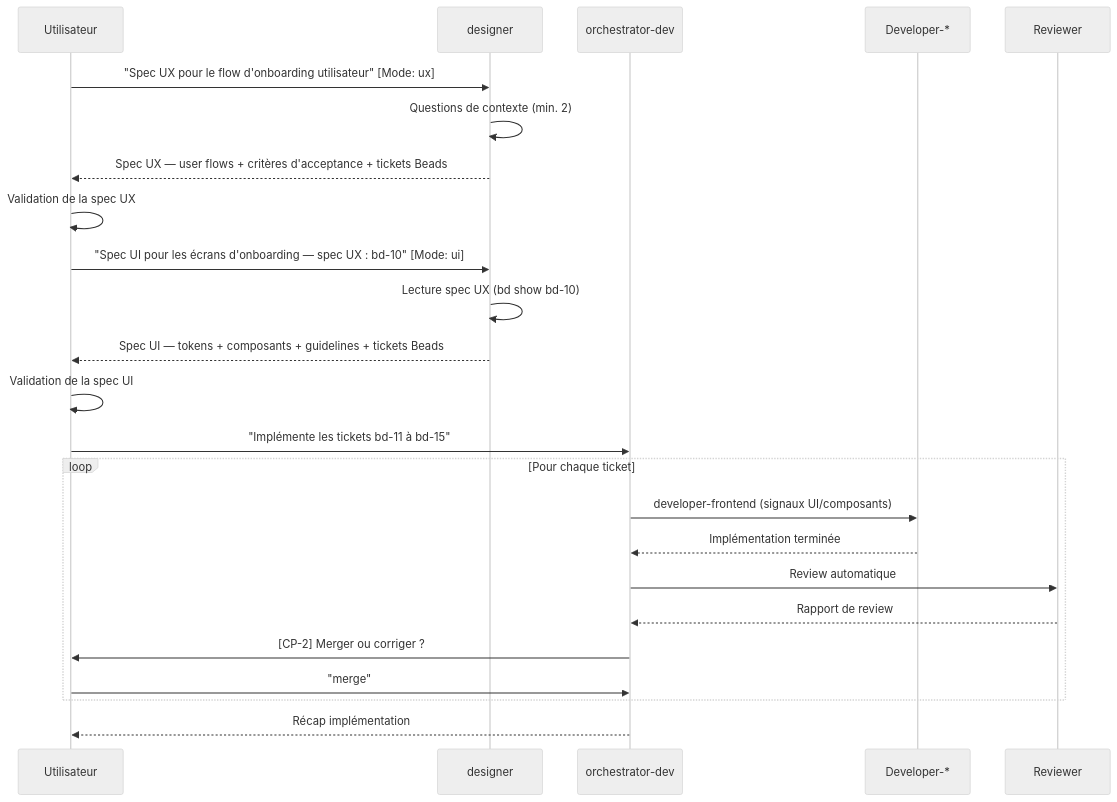
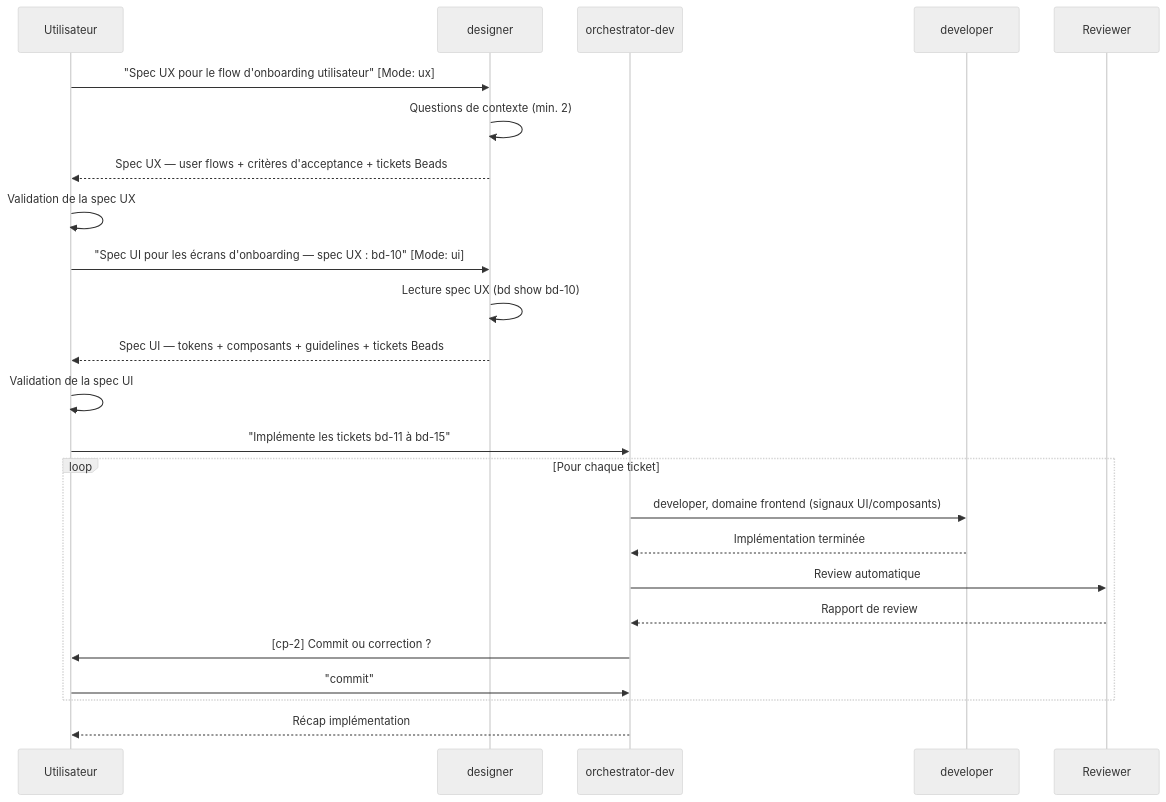
The fifth of 7 diagrams in docs/guides/workflows.fr.md (datichb/openhub), drawn with Mermaid (neutral theme) before and after one commit. The commit also changed other lines of this file and 28 other files, not shown here.

````diff
--- a/docs/guides/workflows.fr.md
+++ b/docs/guides/workflows.fr.md
@@ -608,29 +608,29 @@
 ```mermaid
 sequenceDiagram
     participant U as Utilisateur
     participant D as designer
     participant OD as orchestrator-dev
-    participant DEV as Developer-*
+    participant DEV as developer
     participant R as Reviewer
 
     U->>D: "Spec UX pour le flow d'onboarding utilisateur" [Mode: ux]
     D->>D: Questions de contexte (min. 2)
     D-->>U: Spec UX — user flows + critères d'acceptance + tickets Beads
     U->>U: Validation de la spec UX
 
     U->>D: "Spec UI pour les écrans d'onboarding — spec UX : bd-10" [Mode: ui]
     D->>D: Lecture spec UX (bd show bd-10)
     D-->>U: Spec UI — tokens + composants + guidelines + tickets Beads
     U->>U: Validation de la spec UI
 
     U->>OD: "Implémente les tickets bd-11 à bd-15"
     loop Pour chaque ticket
-        OD->>DEV: developer-frontend (signaux UI/composants)
+        OD->>DEV: developer, domaine frontend (signaux UI/composants)
         DEV-->>OD: Implémentation terminée
         OD->>R: Review automatique
         R-->>OD: Rapport de review
-        OD->>U: [CP-2] Merger ou corriger ?
-        U->>OD: "merge"
+        OD->>U: [cp-2] Commit ou correction ?
+        U->>OD: "commit"
     end
     OD-->>U: Récap implémentation
 ```
````
